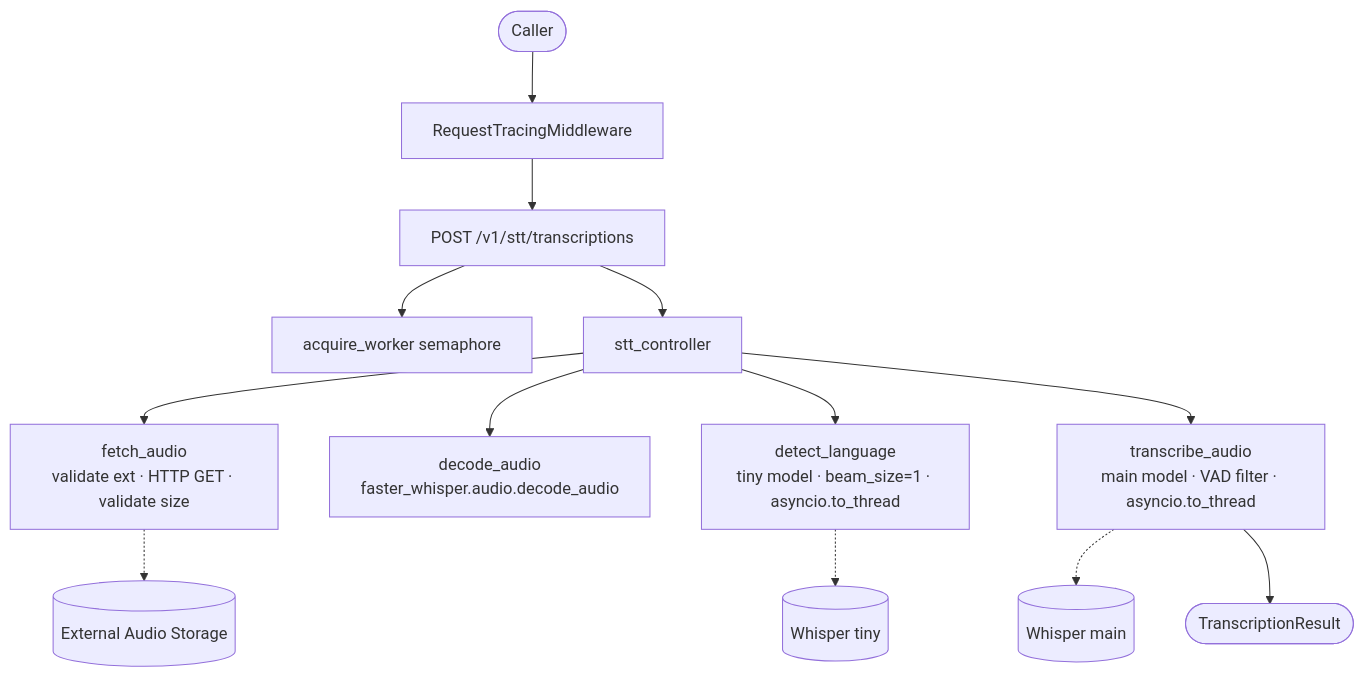
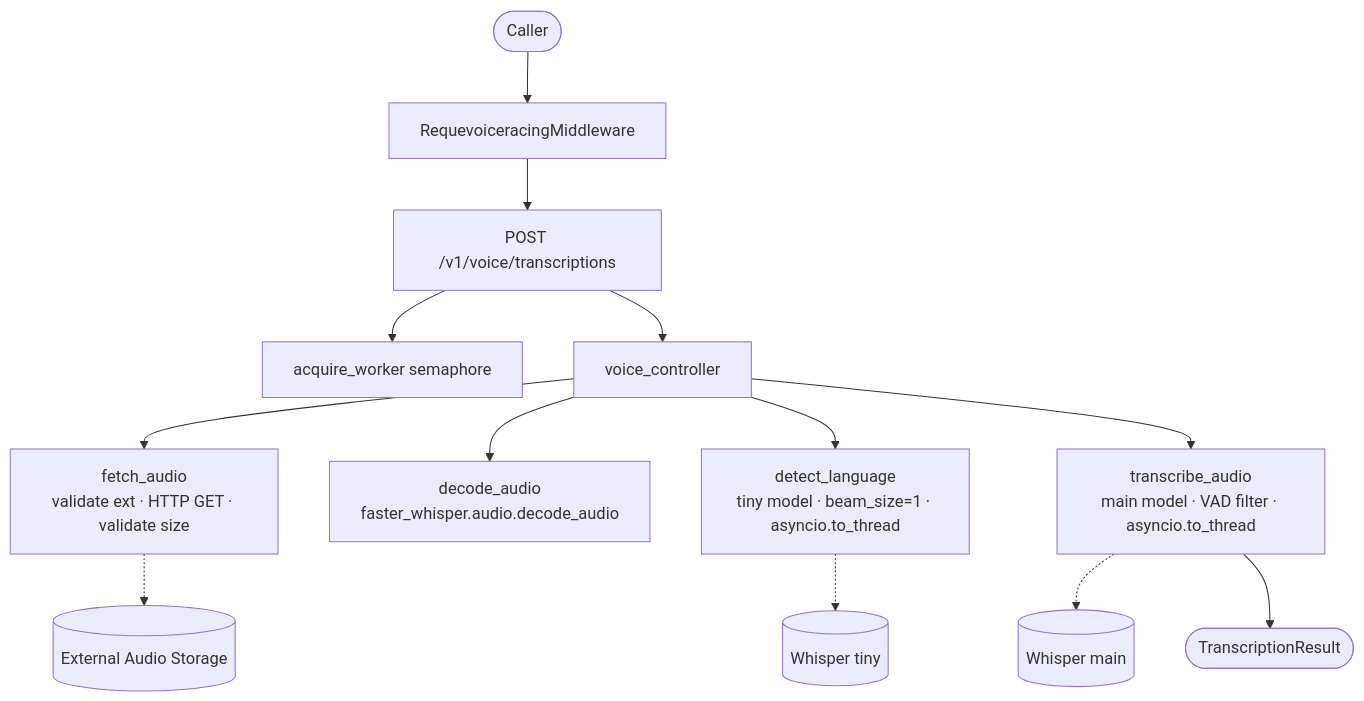
The first of 3 diagrams in Services/voice/README.md (KlaiAhmed/KidsMind), drawn with Mermaid before and after one commit. The commit also changed other lines of this file and 4 other files, not shown here.

Commit message:
docs: update stt references to voice across README files

````diff
--- a/Services/voice/README.md
+++ b/Services/voice/README.md
@@ -104,15 +104,15 @@
 ```mermaid
 flowchart TD
-    Client([Caller]) --> MW[RequestTracingMiddleware]
-    MW --> Router[POST /v1/stt/transcriptions]
+    Client([Caller]) --> MW[RequevoiceracingMiddleware]
+    MW --> Router[POST /v1/voice/transcriptions]
     Router --> Sem[acquire_worker semaphore]
-    Router --> Ctrl[stt_controller]
+    Router --> Ctrl[voice_controller]
     Ctrl --> Fetch[fetch_audio<br/>validate ext · HTTP GET · validate size]
     Ctrl --> Decode[decode_audio<br/>faster_whisper.audio.decode_audio]
     Ctrl --> Lang[detect_language<br/>tiny model · beam_size=1 · asyncio.to_thread]
     Ctrl --> Transcribe[transcribe_audio<br/>main model · VAD filter · asyncio.to_thread]
     Fetch -.-> ExtStorage[(External Audio Storage)]
     Lang -.-> TinyModel[(Whisper tiny)]
     Transcribe -.-> MainModel[(Whisper main)]
     Transcribe --> Result([TranscriptionResult])
 ```
````
